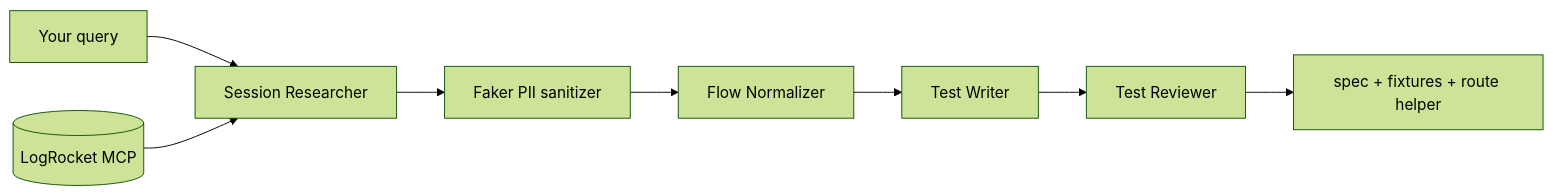
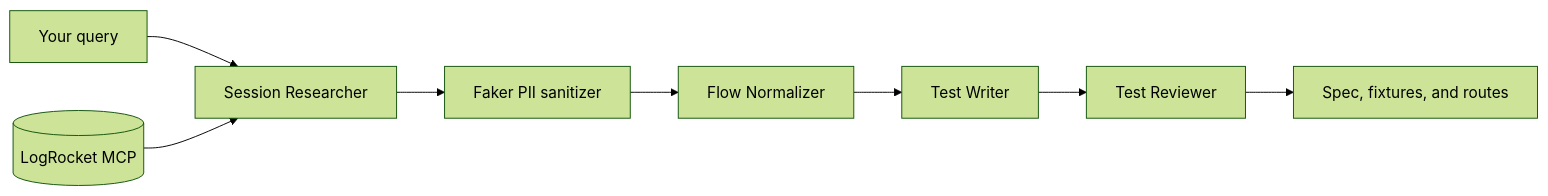
One commit to AlexanderPW/LogRocket-Playwright changed the diagram in README.md. Above: the diagram before and after it, drawn with Mermaid (forest theme). The commit also changed other lines of this file, not shown here.

First line of the commit message:
Fix README mermaid diagram and trim trailing sections.

````diff
--- a/README.md
+++ b/README.md
@@ -121,10 +121,10 @@
 ```mermaid
 flowchart LR
   Q[Your query] --> SR[Session Researcher]
-  LR[(LogRocket MCP)] --> SR
+  MCP[(LogRocket MCP)] --> SR
   SR --> PII[Faker PII sanitizer]
   PII --> FN[Flow Normalizer]
   FN --> TW[Test Writer]
   TW --> TR[Test Reviewer]
-  TR --> OUT[spec + fixtures + route helper]
+  TR --> OUT[Spec, fixtures, and routes]
 ```
````
